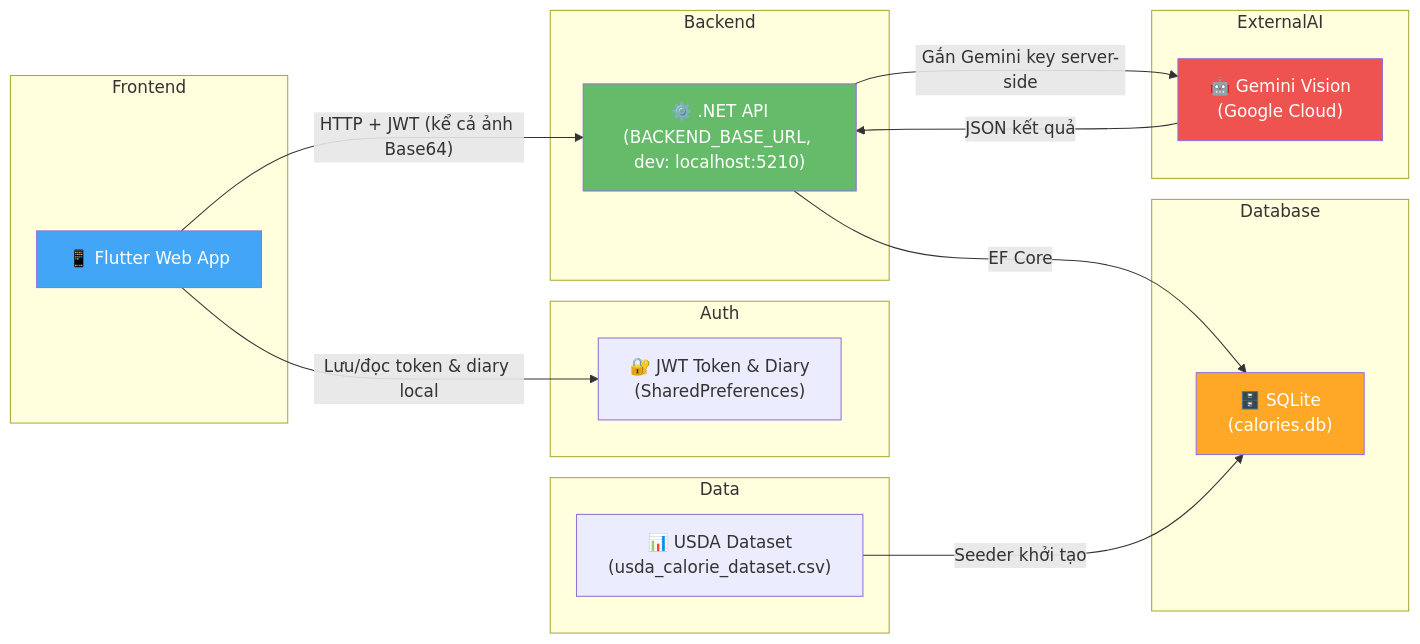
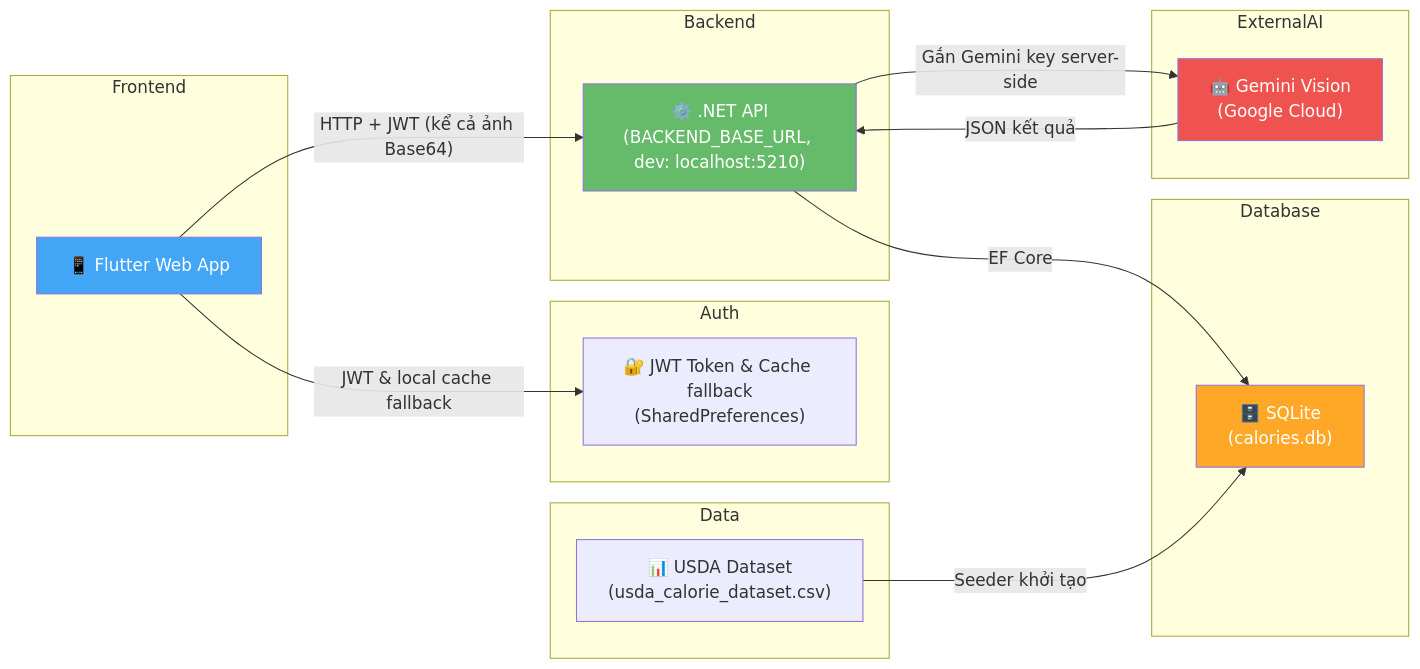
The ninth of 9 diagrams in docs/SYSTEM_ARCHITECTURE.md (trangkhanh-ai/Calories-Tracking-App), drawn with Mermaid before and after one commit. The commit also changed other lines of this file and 5 other files, not shown here.

````diff
--- a/docs/SYSTEM_ARCHITECTURE.md
+++ b/docs/SYSTEM_ARCHITECTURE.md
@@ -350,38 +350,38 @@
 ```mermaid
 flowchart LR
     subgraph Frontend
         A["📱 Flutter Web App"]
     end
 
     subgraph Auth
-        B["🔐 JWT Token & Diary<br/>(SharedPreferences)"]
+        B["🔐 JWT Token & Cache fallback<br/>(SharedPreferences)"]
     end
 
     subgraph Backend
         C["⚙️ .NET API<br/>(BACKEND_BASE_URL, dev: localhost:5210)"]
     end
 
     subgraph Database
         D["🗄️ SQLite<br/>(calories.db)"]
     end
 
     subgraph ExternalAI
         E["🤖 Gemini Vision<br/>(Google Cloud)"]
     end
 
     subgraph Data
         F["📊 USDA Dataset<br/>(usda_calorie_dataset.csv)"]
     end
 
     A -->|"HTTP + JWT (kể cả ảnh Base64)"| C
-    A -->|"Lưu/đọc token & diary local"| B
+    A -->|"JWT & local cache fallback"| B
     C -->|"Gắn Gemini key server-side"| E
     C -->|"EF Core"| D
     F -->|"Seeder khởi tạo"| D
     E -->|"JSON kết quả"| C
 
     style A fill:#42A5F5,color:#fff
     style C fill:#66BB6A,color:#fff
     style D fill:#FFA726,color:#fff
     style E fill:#EF5350,color:#fff
 ```
````
